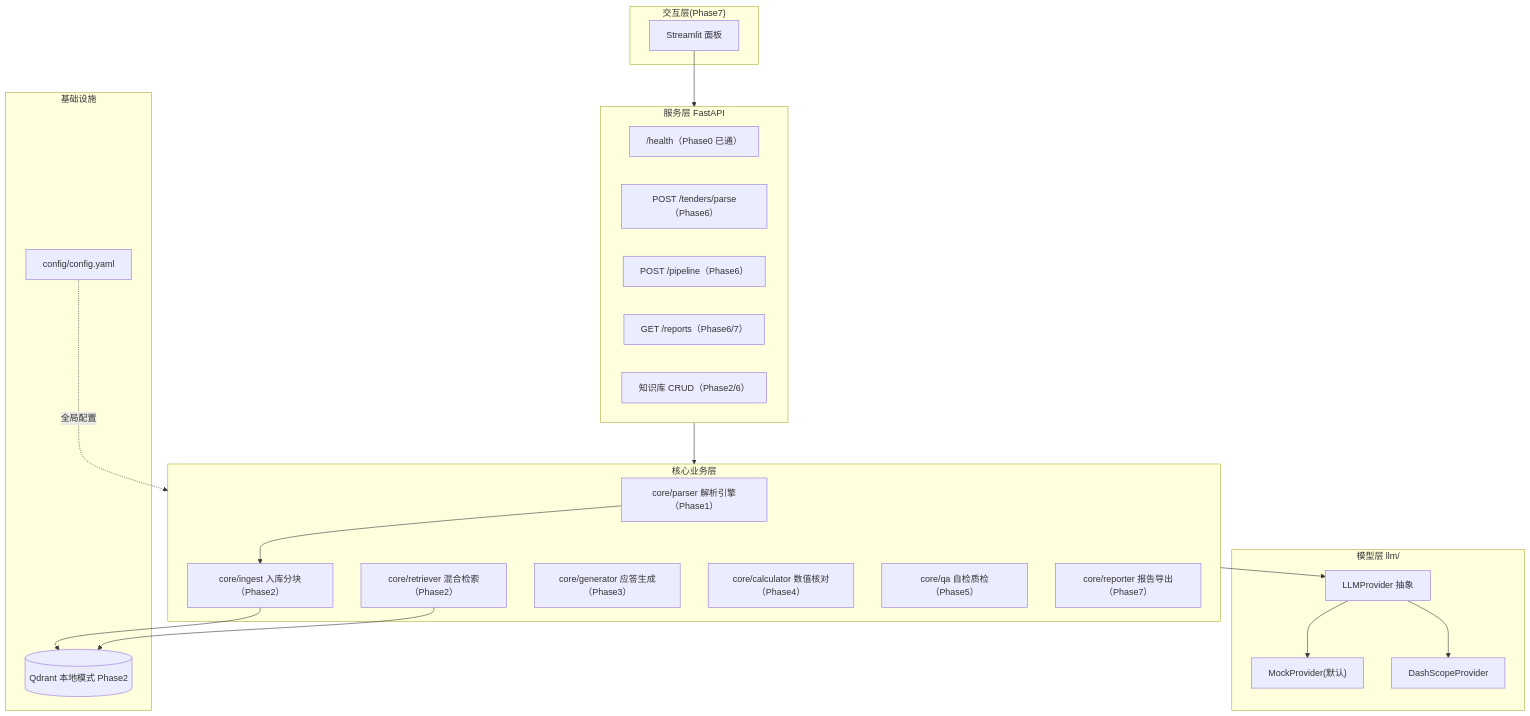
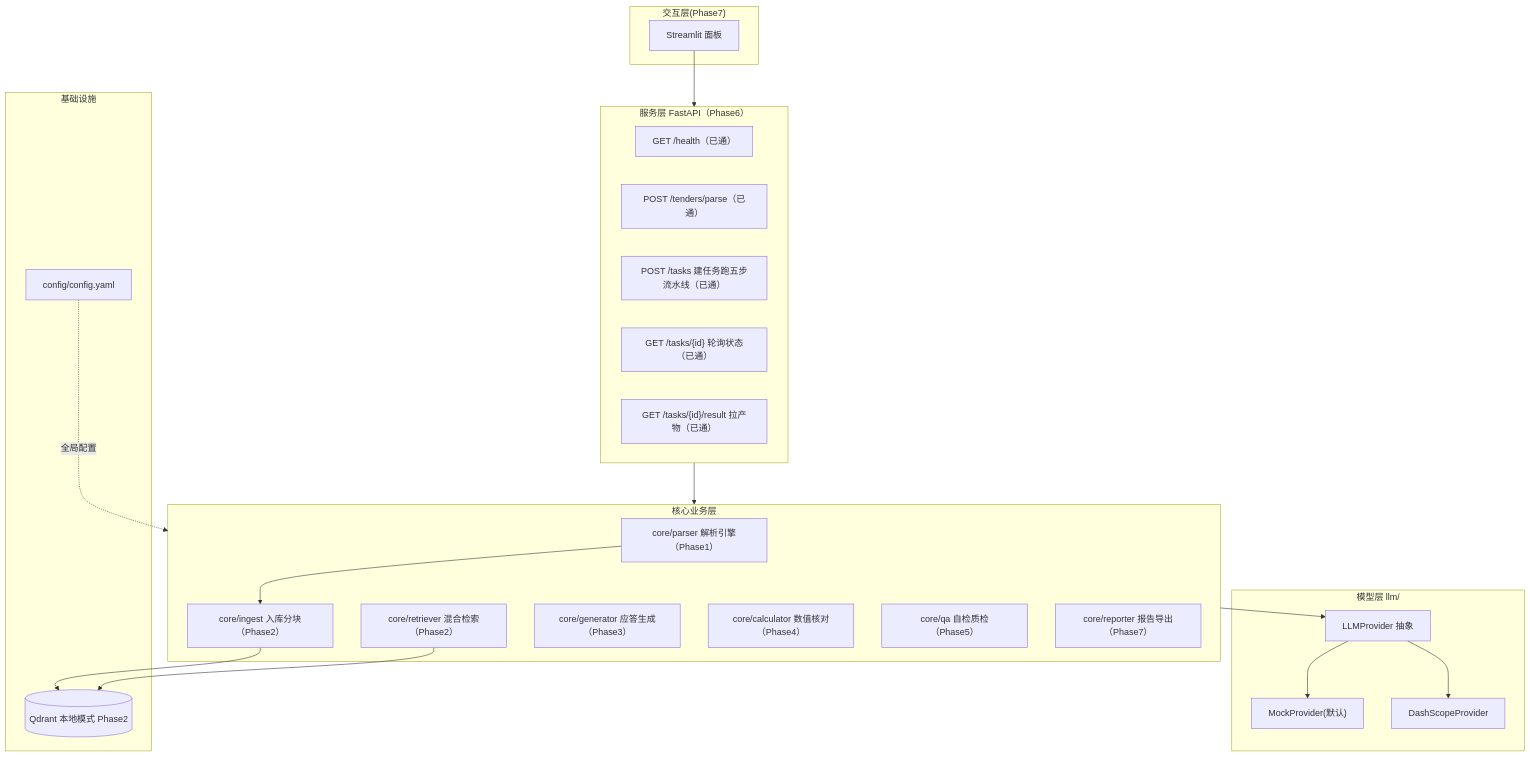
Before and after one commit to Aeloris/bid-response-rag-engine: the first of 2 diagrams in docs/architecture.md, drawn with Mermaid. The commit also changed other lines of this file and 11 other files, not shown here.

First line of the commit message:
Phase 6: API 服务层 —— 一条标 = 一个 job，五步流水线收口成接口

````diff
--- a/docs/architecture.md
+++ b/docs/architecture.md
@@ -25,38 +30,38 @@
 ```mermaid
 flowchart TB
   subgraph UI["交互层(Phase7)"]
     S["Streamlit 面板"]
   end
-  subgraph API["服务层 FastAPI"]
-    E1["/health（Phase0 已通）"]
-    E2["POST /tenders/parse（Phase6）"]
-    E3["POST /pipeline（Phase6）"]
-    E4["GET /reports（Phase6/7）"]
-    E5["知识库 CRUD（Phase2/6）"]
+  subgraph API["服务层 FastAPI（Phase6）"]
+    E1["GET /health（已通）"]
+    E2["POST /tenders/parse（已通）"]
+    E3["POST /tasks 建任务跑五步流水线（已通）"]
+    E4["GET /tasks/{id} 轮询状态（已通）"]
+    E5["GET /tasks/{id}/result 拉产物（已通）"]
   end
   subgraph CORE["核心业务层"]
     P["core/parser 解析引擎（Phase1）"]
     IG["core/ingest 入库分块（Phase2）"]
     RT["core/retriever 混合检索（Phase2）"]
     GN["core/generator 应答生成（Phase3）"]
     CL["core/calculator 数值核对（Phase4）"]
     QA["core/qa 自检质检（Phase5）"]
     RP["core/reporter 报告导出（Phase7）"]
   end
   subgraph LLM["模型层 llm/"]
     LP["LLMProvider 抽象"]
     MK["MockProvider(默认)"]
     DS["DashScopeProvider"]
   end
   subgraph INFRA["基础设施"]
     QD[(Qdrant 本地模式 Phase2)]
     CF["config/config.yaml"]
   end
   S --> API --> CORE
   P --> IG --> QD
   RT --> QD
   CORE --> LP
   LP --> MK
   LP --> DS
   CF -.全局配置.-> CORE
 ```
````
